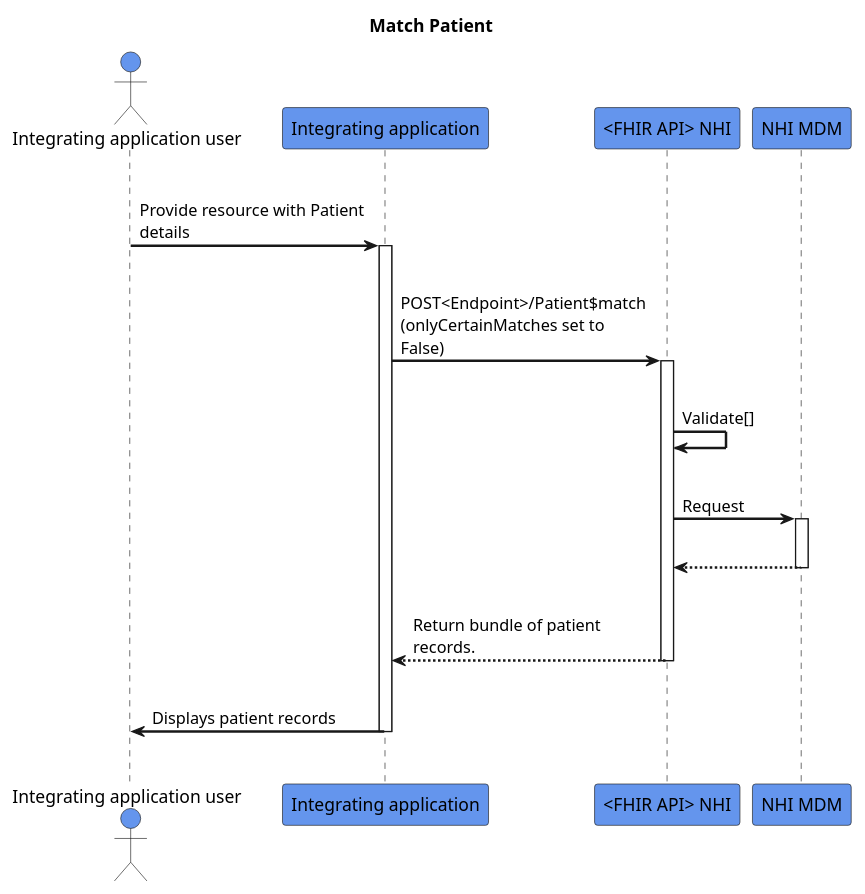
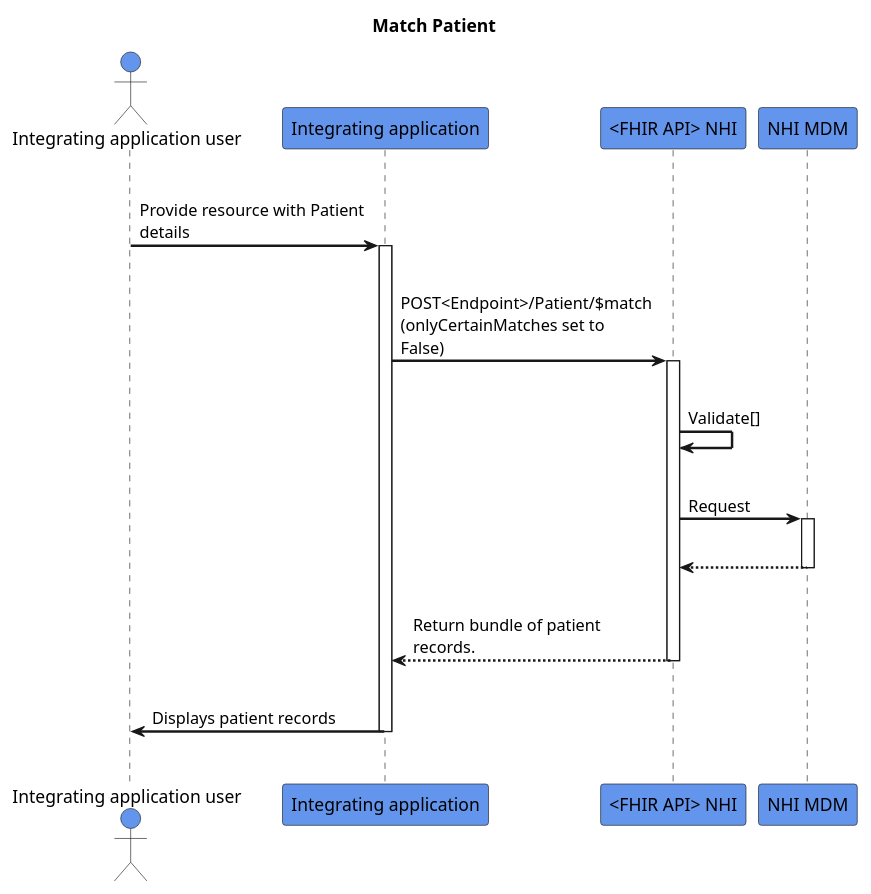
One commit to HL7NZ/nhi changed the diagram in input/images-source/match-patient.plantuml. Above: the diagram before and after it, drawn with PlantUML.

```diff
--- a/input/images-source/match-patient.plantuml
+++ b/input/images-source/match-patient.plantuml
@@ -1,33 +1,33 @@
 @startuml
 skinparam sequenceArrowThickness 2
 skinparam roundcorner 5
 skinparam maxmessagesize 180
 skinparam sequenceParticipant bold
 title Match Patient
 actor "Integrating application user" as User #CornflowerBlue
 participant "Integrating application" as A #CornflowerBlue
 participant "<FHIR API> NHI" as B #CornflowerBlue
 participant "NHI MDM" as C #CornflowerBlue
 |||
 User -> A: Provide resource with Patient details
 activate A
 |||
-A -> B: POST<Endpoint>/Patient$match (onlyCertainMatches set to False)
+A -> B: POST<Endpoint>/Patient/$match (onlyCertainMatches set to False)
 activate B
 |||
 B -> B: Validate[]
 |||
 B -> C: Request
 activate C
 |||
 
 C -[dashed]-> B:  
 deactivate C
 |||
 B -[dashed]-> A :Return bundle of patient records.
 deactivate B
 |||
 A -> User: Displays patient records
 deactivate A
 |||
 @enduml
```
